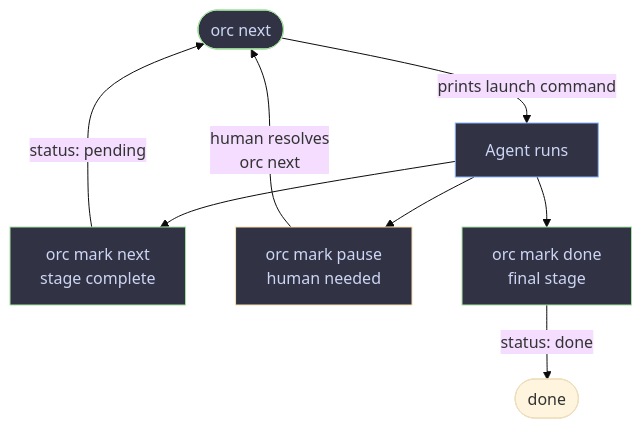
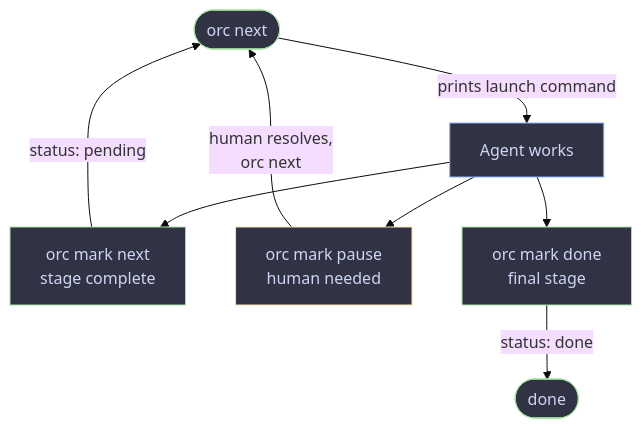
One commit to cengebretson/tmux-orc changed the second of 2 diagrams in README.md. Above: the diagram before and after it, drawn with Mermaid (base theme). The commit also changed other lines of this file and 2 other files, not shown here.

````diff
--- a/README.md
+++ b/README.md
@@ -202,18 +201,20 @@
 ```mermaid
 flowchart TD
-    N([orc next]) -->|prints launch command| R[Agent runs]
+    N([orc next]) -->|prints launch command| R[Agent works]
 
-    R --> AD[orc mark next\nstage complete]
-    R --> WT[orc mark pause\nhuman needed]
-    R --> DN[orc mark done\nfinal stage]
+    R --> AD["orc mark next<br/>stage complete"]
+    R --> WT["orc mark pause<br/>human needed"]
+    R --> DN["orc mark done<br/>final stage"]
 
-    AD -->|status: pending| N
-    WT -->|human resolves\norc next| N
-    DN -->|status: done| END([done])
+    AD -->|"status: pending"| N
+    WT -->|"human resolves,<br/>orc next"| N
+    DN -->|"status: done"| E([done])
 
-    style N fill:#313244,stroke:#a6e3a1,color:#cdd6f4
-    style R fill:#313244,stroke:#89b4fa,color:#cdd6f4
-    style AD fill:#313244,stroke:#a6e3a1,color:#cdd6f4
-    style WT fill:#313244,stroke:#f9e2af,color:#cdd6f4
-    style DN fill:#313244,stroke:#a6e3a1,color:#cdd6f4
+    classDef step fill:#313244,stroke:#a6e3a1,color:#cdd6f4
+    classDef work fill:#313244,stroke:#89b4fa,color:#cdd6f4
+    classDef wait fill:#313244,stroke:#f9e2af,color:#cdd6f4
+
+    class N,AD,DN,E step
+    class R work
+    class WT wait
 ```
````
